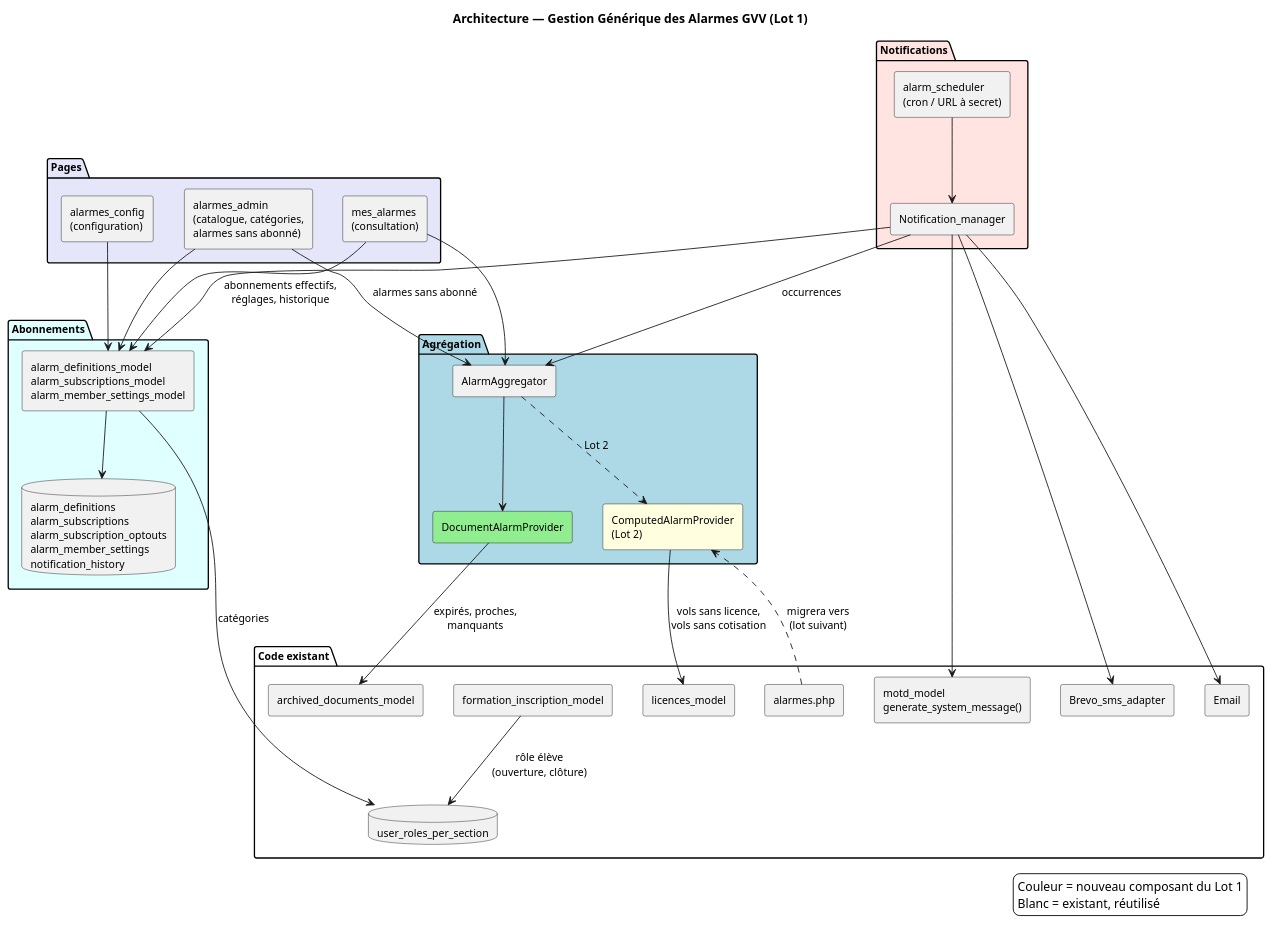
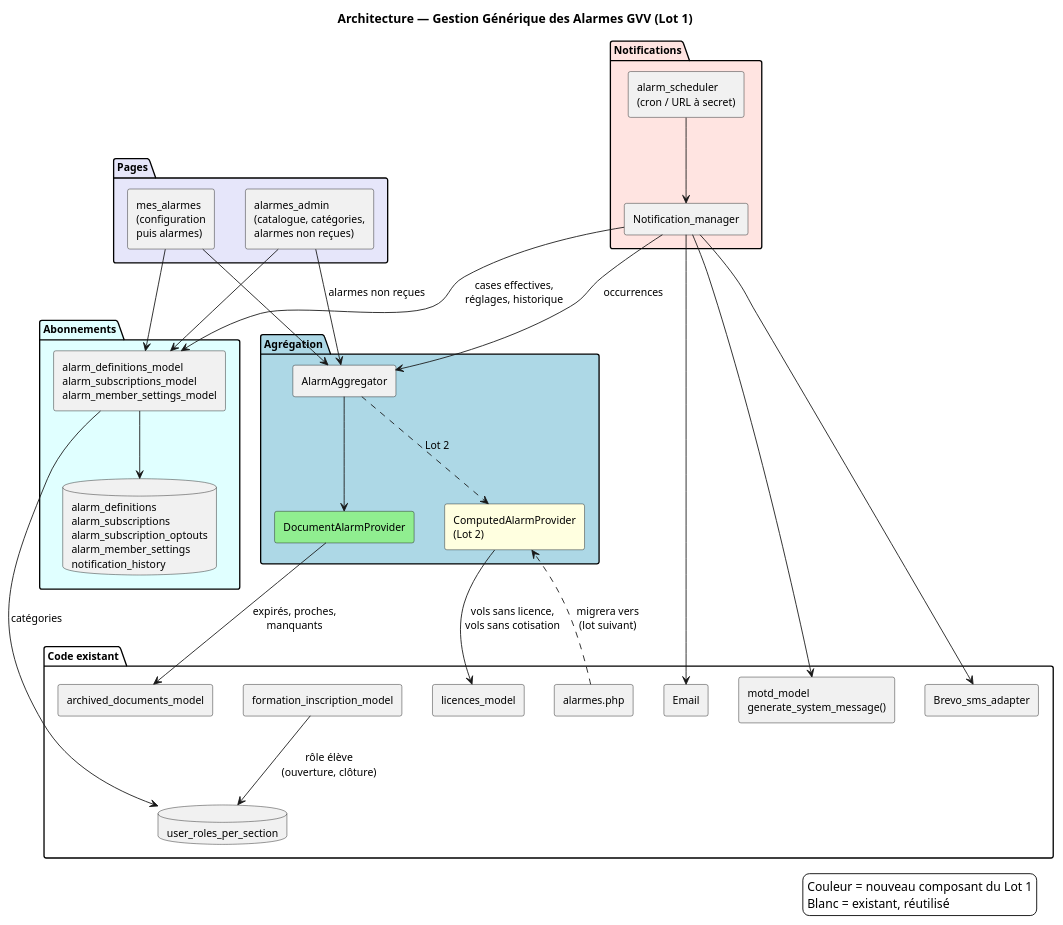
One commit to flub78/gvv changed the diagram in doc/design_notes/diagrams/gestion_alarmes_composants.puml. Above: the diagram before and after it, drawn with PlantUML. The commit also changed 27 other files, not shown here.

First line of the commit message:
Alarmes : page unique « Mes alarmes », abonnements par section

```diff
--- a/doc/design_notes/diagrams/gestion_alarmes_composants.puml
+++ b/doc/design_notes/diagrams/gestion_alarmes_composants.puml
@@ -1,71 +1,69 @@
 @startuml gestion_alarmes_composants
 skinparam componentStyle rectangle
 skinparam backgroundColor white
 skinparam defaultFontSize 12
 
 title Architecture — Gestion Générique des Alarmes GVV (Lot 1)
 
 package "Pages" #lavender {
-  component [alarmes_config\n(configuration)] as CONF
-  component [mes_alarmes\n(consultation)] as MES
-  component [alarmes_admin\n(catalogue, catégories,\nalarmes sans abonné)] as ADM
+  component [mes_alarmes\n(configuration\npuis alarmes)] as MES
+  component [alarmes_admin\n(catalogue, catégories,\nalarmes non reçues)] as ADM
 }
 
 package "Notifications" #mistyrose {
   component [alarm_scheduler\n(cron / URL à secret)] as SCHED
   component [Notification_manager] as NOTIF
 }
 
 package "Abonnements" #lightcyan {
   component [alarm_definitions_model\nalarm_subscriptions_model\nalarm_member_settings_model] as SUBS
   database "alarm_definitions\nalarm_subscriptions\nalarm_subscription_optouts\nalarm_member_settings\nnotification_history" as SUBS_DB
 }
 
 package "Agrégation" #lightblue {
   component [AlarmAggregator] as AGG
   component [DocumentAlarmProvider] as DOC_P #lightgreen
   component [ComputedAlarmProvider\n(Lot 2)] as COMP_P #lightyellow
 }
 
 package "Code existant" {
   component [archived_documents_model] as ARCH_M
   component [licences_model] as LIC_M
   component [motd_model\ngenerate_system_message()] as MOTD
   component [Brevo_sms_adapter] as SMS
   component [Email] as MAIL
   component [formation_inscription_model] as FORM
   database "user_roles_per_section" as ROLES
   component [alarmes.php] as ALARM_C
 }
 
 SCHED --> NOTIF
 NOTIF --> AGG : occurrences
-NOTIF --> SUBS : abonnements effectifs,\nréglages, historique
+NOTIF --> SUBS : cases effectives,\nréglages, historique
 NOTIF --> MAIL
 NOTIF --> MOTD
 NOTIF --> SMS
 
-CONF --> SUBS
 ADM --> SUBS
-ADM --> AGG : alarmes sans abonné
+ADM --> AGG : alarmes non reçues
 MES --> AGG
 MES --> SUBS
 
 SUBS --> SUBS_DB
 SUBS --> ROLES : catégories
 
 AGG --> DOC_P
 AGG ..> COMP_P : Lot 2
 DOC_P --> ARCH_M : expirés, proches,\nmanquants
 COMP_P --> LIC_M : vols sans licence,\nvols sans cotisation
 
 FORM --> ROLES : rôle élève\n(ouverture, clôture)
 
 ALARM_C ..> COMP_P : migrera vers\n(lot suivant)
 
 legend right
   Couleur = nouveau composant du Lot 1
   Blanc = existant, réutilisé
 endlegend
 
 @enduml
```
